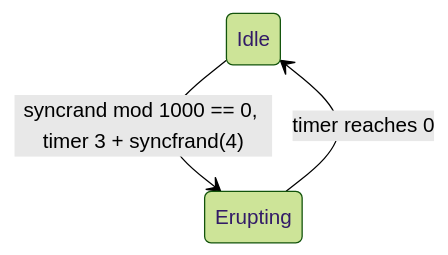
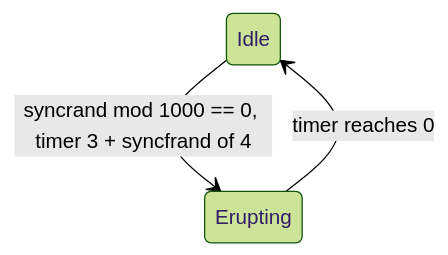
Diagram 13 of 25 in design/03_buildings_and_world_objects.md (Zwaliebaba/Species.AI), drawn with Mermaid (forest theme) before and after one commit. The commit also changed other lines of this file and 46 other files, not shown here.

First line of the commit message:
Add 23_terrain, 24_rendering, 28_ui_framework; Mermaid validator; Phase 2 complete

````diff
--- a/design/03_buildings_and_world_objects.md
+++ b/design/03_buildings_and_world_objects.md
@@ -1393,5 +1412,5 @@
 ```mermaid
 stateDiagram-v2
-    Idle --> Erupting : syncrand mod 1000 == 0, timer 3 + syncfrand(4)
+    Idle --> Erupting : syncrand mod 1000 == 0, timer 3 + syncfrand of 4
     Erupting --> Idle : timer reaches 0
 ```
````
